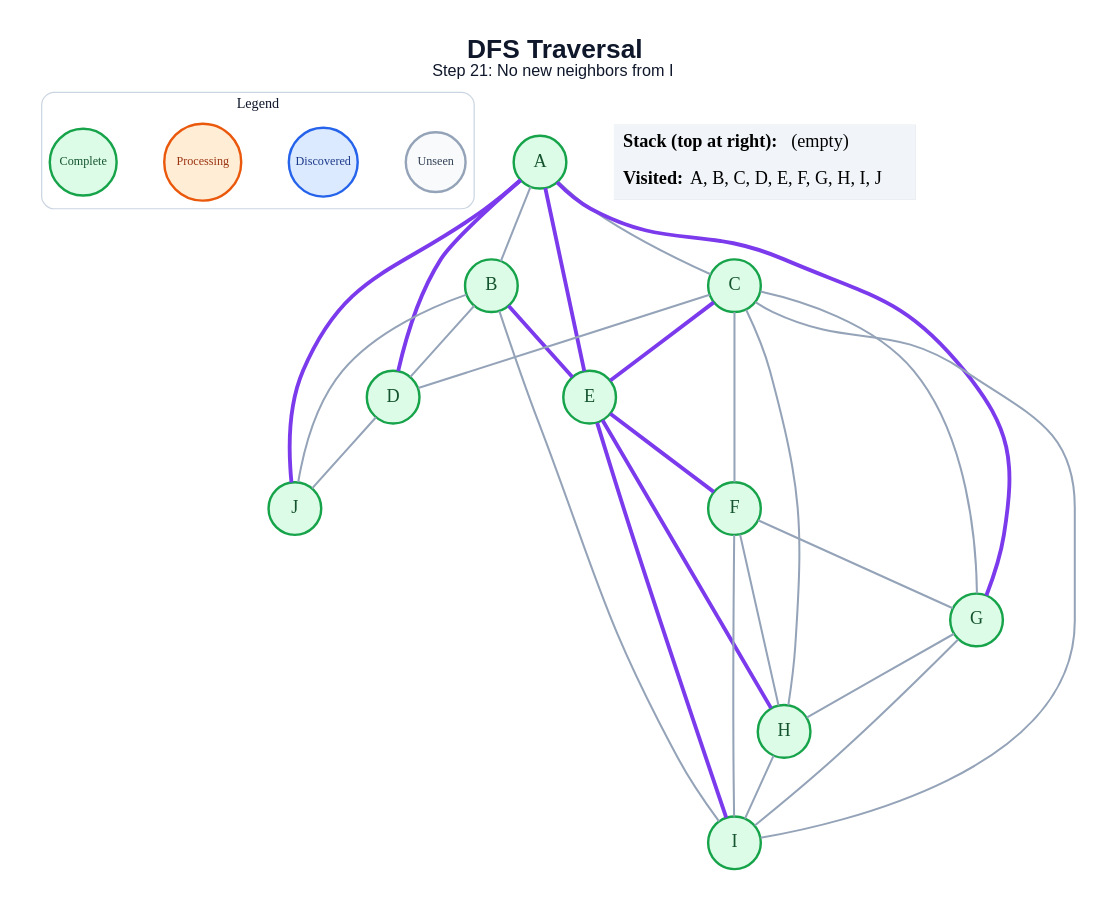
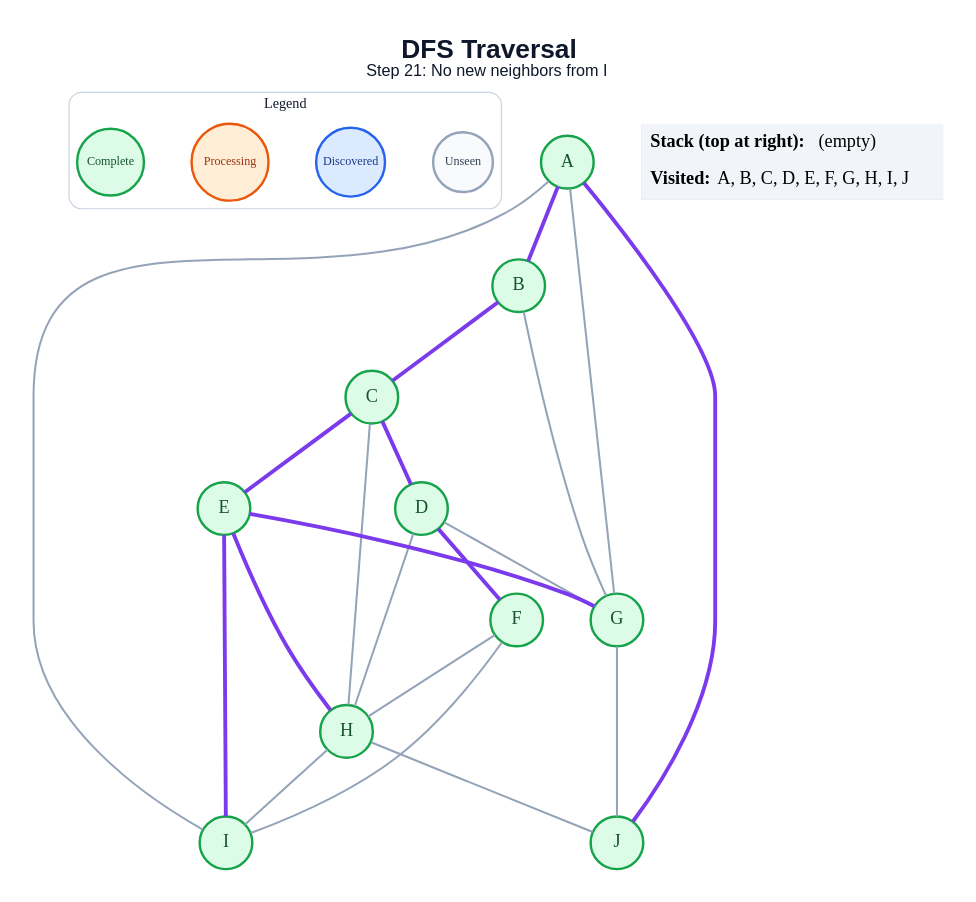
Before and after one commit to amanghodawala9/ai-slop: the diagram in generated/specific-node/dfs/step_21.dot, drawn with Graphviz. The commit also changed 178 other files, not shown here.

```diff
--- a/generated/specific-node/dfs/step_21.dot
+++ b/generated/specific-node/dfs/step_21.dot
@@ -1,55 +1,49 @@
 graph traversal {
   graph [layout=dot, rankdir=TB, bgcolor="#FFFFFF", pad="0.35", nodesep="0.65", ranksep="0.8", fontname="Arial"];
   node [shape=circle, style="filled", fontname="Arial Bold", fontsize=18, width=0.72, fixedsize=true, penwidth=2.4];
   edge [color="#94A3B8", penwidth=2.0];
   label=<<B>DFS Traversal</B><BR/><FONT POINT-SIZE="16">Step 21: No new neighbors from I</FONT>>; labelloc="t"; fontsize=26; fontname="Arial"; fontcolor="#0F172A";
   subgraph cluster_legend { label="Legend"; color="#CBD5E1"; penwidth=1.2; style="rounded"; fontsize=14; fontname="Arial Bold";
     key_unseen [label="Unseen", fillcolor="#F8FAFC", color="#94A3B8", fontcolor="#334155", fontsize=12, width=0.82];
     key_frontier [label="Discovered", fillcolor="#DBEAFE", color="#2563EB", fontcolor="#1E3A8A", fontsize=12, width=0.95];
     key_current [label="Processing", fillcolor="#FFEDD5", color="#EA580C", fontcolor="#9A3412", fontsize=12, width=1.05];
     key_done [label="Complete", fillcolor="#DCFCE7", color="#16A34A", fontcolor="#14532D", fontsize=12, width=0.92];
     { rank=same; key_unseen; key_frontier; key_current; key_done; }
   }
   A [fillcolor="#DCFCE7", color="#16A34A", fontcolor="#14532D"];
   B [fillcolor="#DCFCE7", color="#16A34A", fontcolor="#14532D"];
   C [fillcolor="#DCFCE7", color="#16A34A", fontcolor="#14532D"];
   D [fillcolor="#DCFCE7", color="#16A34A", fontcolor="#14532D"];
   E [fillcolor="#DCFCE7", color="#16A34A", fontcolor="#14532D"];
   F [fillcolor="#DCFCE7", color="#16A34A", fontcolor="#14532D"];
   G [fillcolor="#DCFCE7", color="#16A34A", fontcolor="#14532D"];
   H [fillcolor="#DCFCE7", color="#16A34A", fontcolor="#14532D"];
   I [fillcolor="#DCFCE7", color="#16A34A", fontcolor="#14532D"];
   J [fillcolor="#DCFCE7", color="#16A34A", fontcolor="#14532D"];
-  A -- B;
-  A -- C;
-  A -- D [color="#7C3AED", penwidth=3.8];
-  A -- E [color="#7C3AED", penwidth=3.8];
-  A -- G [color="#7C3AED", penwidth=3.8];
+  A -- B [color="#7C3AED", penwidth=3.8];
+  A -- G;
+  A -- I;
   A -- J [color="#7C3AED", penwidth=3.8];
-  B -- D;
-  B -- E [color="#7C3AED", penwidth=3.8];
-  B -- I;
-  B -- J;
-  C -- D;
+  B -- C [color="#7C3AED", penwidth=3.8];
+  B -- G;
+  C -- D [color="#7C3AED", penwidth=3.8];
   C -- E [color="#7C3AED", penwidth=3.8];
-  C -- F;
-  C -- G;
   C -- H;
-  C -- I;
-  D -- J;
-  E -- F [color="#7C3AED", penwidth=3.8];
+  D -- F [color="#7C3AED", penwidth=3.8];
+  D -- G;
+  D -- H;
+  E -- G [color="#7C3AED", penwidth=3.8];
   E -- H [color="#7C3AED", penwidth=3.8];
   E -- I [color="#7C3AED", penwidth=3.8];
-  F -- G;
   F -- H;
   F -- I;
-  G -- H;
-  G -- I;
+  G -- J;
   H -- I;
+  H -- J;
   status [shape=plain, fixedsize=false, width=0, height=0, margin=0, label=<
     <TABLE BORDER="0" CELLBORDER="0" CELLPADDING="7" BGCOLOR="#F1F5F9">
       <TR><TD ALIGN="LEFT"><B>Stack (top at right):</B> (empty)</TD></TR>
       <TR><TD ALIGN="LEFT"><B>Visited:</B> A, B, C, D, E, F, G, H, I, J</TD></TR>
     </TABLE>
   >];
 }
```
